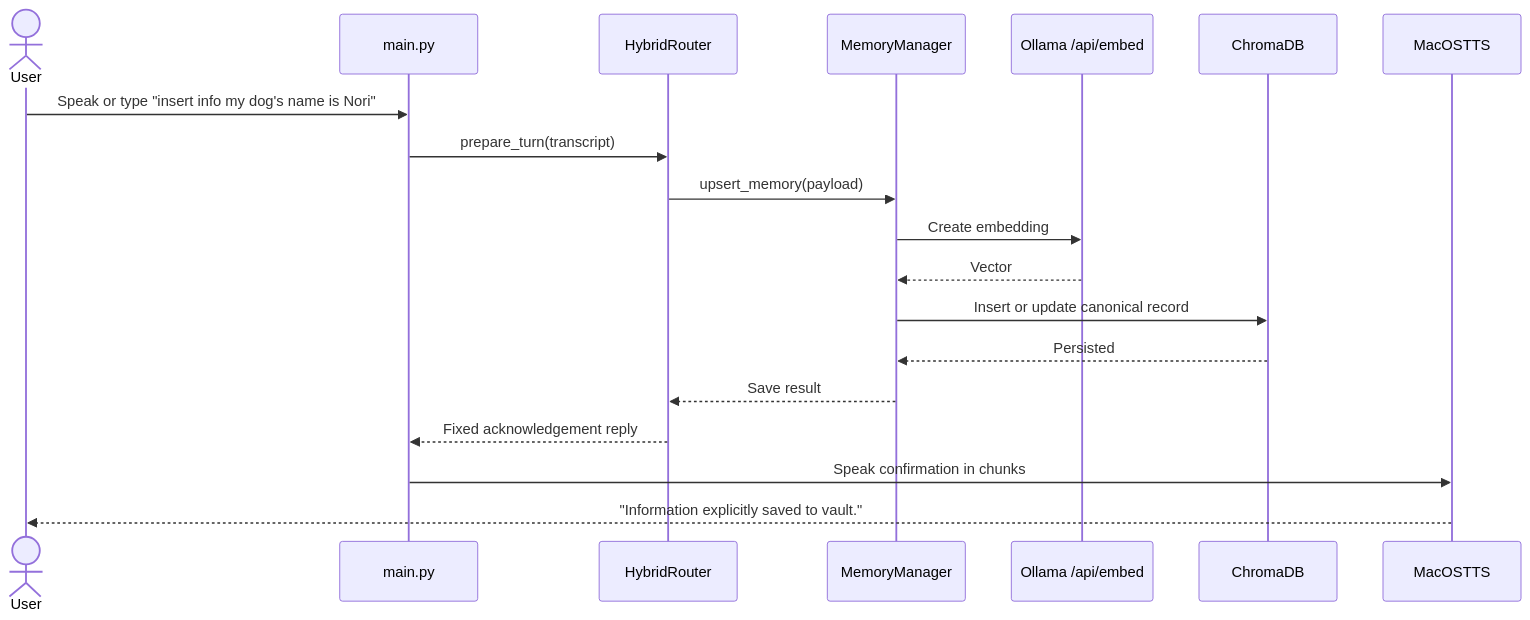
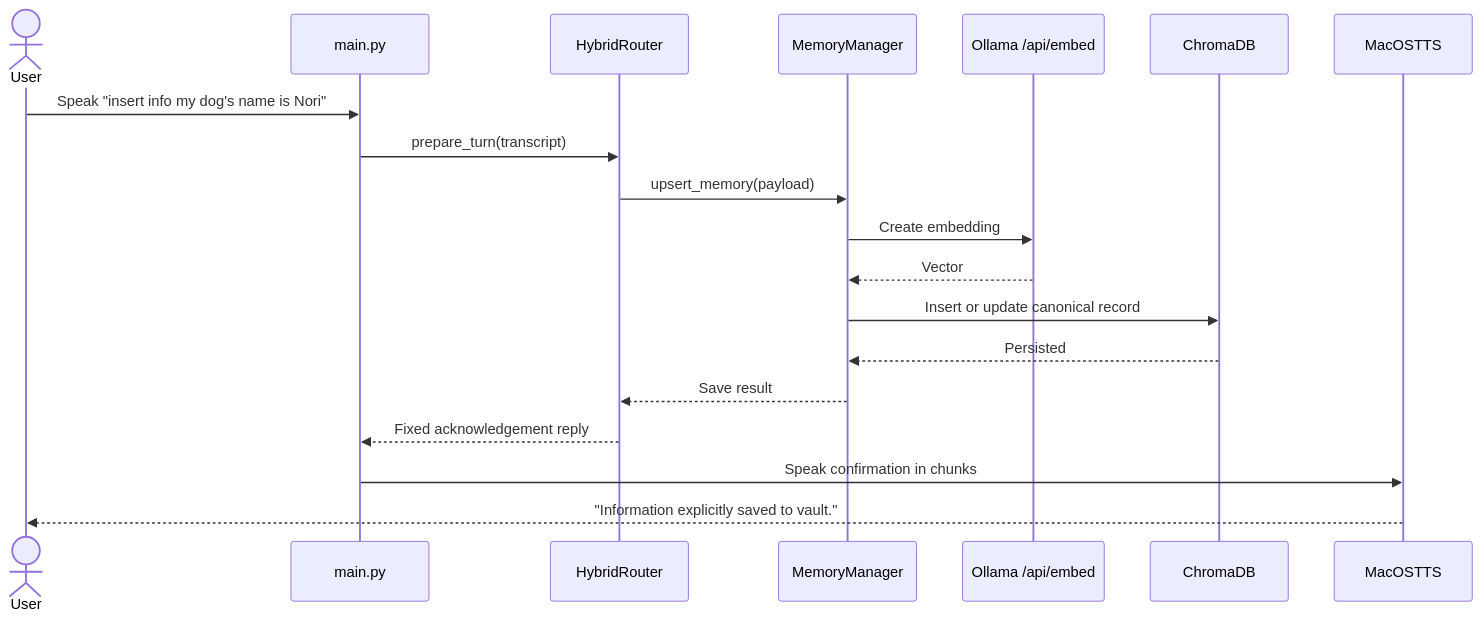
Before and after one commit to MAlkabbani/lulu: the first of 4 diagrams in docs/prd.md, drawn with Mermaid. The commit also changed other lines of this file and 24 other files, not shown here.

````diff
--- a/docs/prd.md
+++ b/docs/prd.md
@@ -148,22 +147,22 @@
 ```mermaid
 sequenceDiagram
     actor User
     participant Main as main.py
     participant Router as HybridRouter
     participant Memory as MemoryManager
     participant Embed as Ollama /api/embed
     participant Vault as ChromaDB
     participant TTS as MacOSTTS
 
-    User->>Main: Speak or type "insert info my dog's name is Nori"
+    User->>Main: Speak "insert info my dog's name is Nori"
     Main->>Router: prepare_turn(transcript)
     Router->>Memory: upsert_memory(payload)
     Memory->>Embed: Create embedding
     Embed-->>Memory: Vector
     Memory->>Vault: Insert or update canonical record
     Vault-->>Memory: Persisted
     Memory-->>Router: Save result
     Router-->>Main: Fixed acknowledgement reply
     Main->>TTS: Speak confirmation in chunks
     TTS-->>User: "Information explicitly saved to vault."
 ```
````
